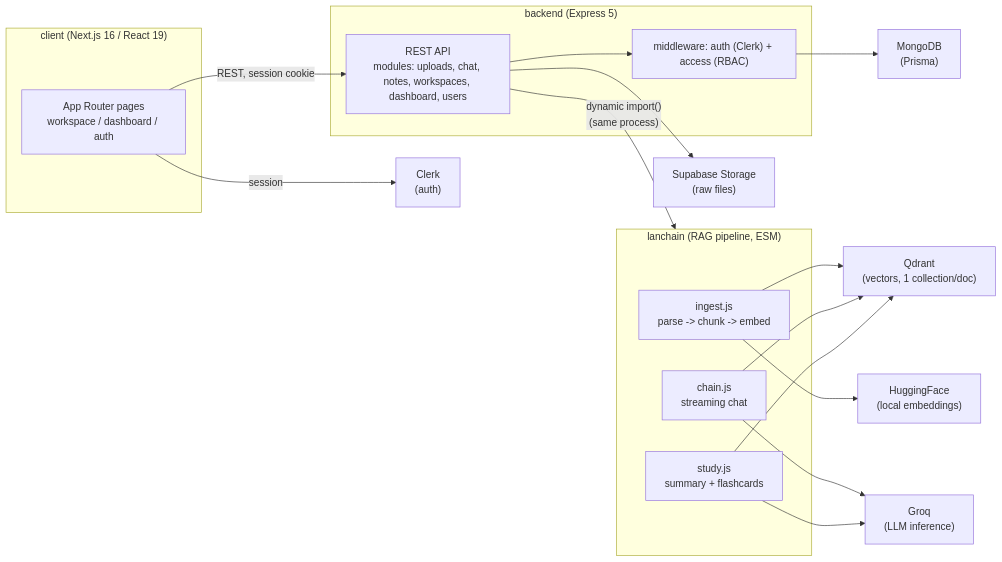
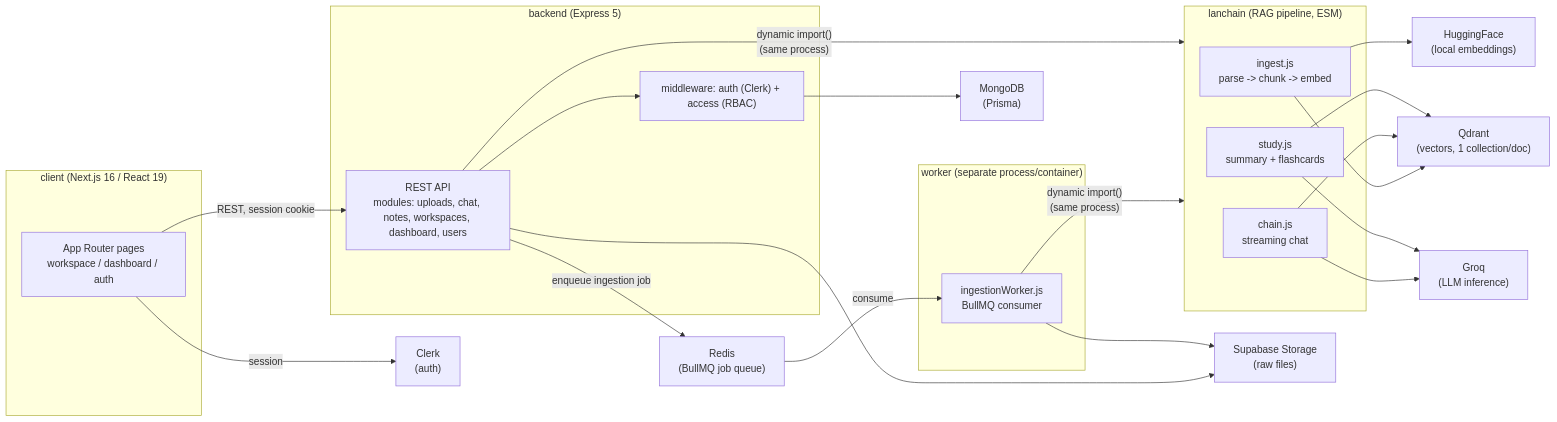
The diagram in docs/architecture.md (vinay-d07/padhna-reh-gaya), drawn with Mermaid before and after one commit. The commit also changed other lines of this file and 48 other files, not shown here.

````diff
--- a/docs/architecture.md
+++ b/docs/architecture.md
@@ -7,37 +7,46 @@
 ```mermaid
 flowchart LR
     subgraph Client["client (Next.js 16 / React 19)"]
         UI["App Router pages<br/>workspace / dashboard / auth"]
     end
 
     subgraph Backend["backend (Express 5)"]
         API["REST API<br/>modules: uploads, chat, notes, workspaces, dashboard, users"]
         RBAC["middleware: auth (Clerk) + access (RBAC)"]
+    end
+
+    subgraph Worker["worker (separate process/container)"]
+        IngestJob["ingestionWorker.js<br/>BullMQ consumer"]
     end
 
     subgraph Lanchain["lanchain (RAG pipeline, ESM)"]
         Ingest["ingest.js<br/>parse -> chunk -> embed"]
         Chain["chain.js<br/>streaming chat"]
         Study["study.js<br/>summary + flashcards"]
     end
 
     Clerk["Clerk<br/>(auth)"]
     Mongo["MongoDB<br/>(Prisma)"]
     Supabase["Supabase Storage<br/>(raw files)"]
     Qdrant["Qdrant<br/>(vectors, 1 collection/doc)"]
+    Redis["Redis<br/>(BullMQ job queue)"]
     Groq["Groq<br/>(LLM inference)"]
     HF["HuggingFace<br/>(local embeddings)"]
 
     UI -->|REST, session cookie| API
     UI -->|session| Clerk
     API --> RBAC
     RBAC --> Mongo
     API --> Supabase
+    API -->|enqueue ingestion job| Redis
+    Redis -->|consume| IngestJob
+    IngestJob --> Supabase
+    IngestJob -->|"dynamic import()<br/>(same process)"| Lanchain
     API -->|"dynamic import()<br/>(same process)"| Lanchain
     Ingest --> Qdrant
     Ingest --> HF
     Chain --> Qdrant
     Chain --> Groq
     Study --> Qdrant
     Study --> Groq
 ```
````
